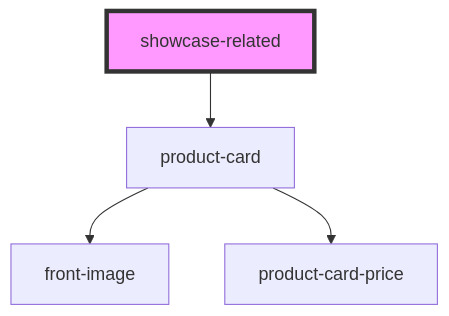
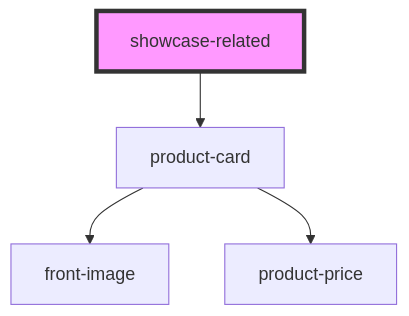
Before and after one commit to commerce-suite/storefront-components: the diagram in src/components/showcase/readme.md, drawn with Mermaid. The commit also changed 11 other files, not shown here.

````diff
--- a/src/components/showcase/readme.md
+++ b/src/components/showcase/readme.md
@@ -46,7 +46,7 @@
 ```mermaid
 graph TD;
   showcase-related --> product-card
   product-card --> front-image
-  product-card --> product-card-price
+  product-card --> product-price
   style showcase-related fill:#f9f,stroke:#333,stroke-width:4px
 ```
````
